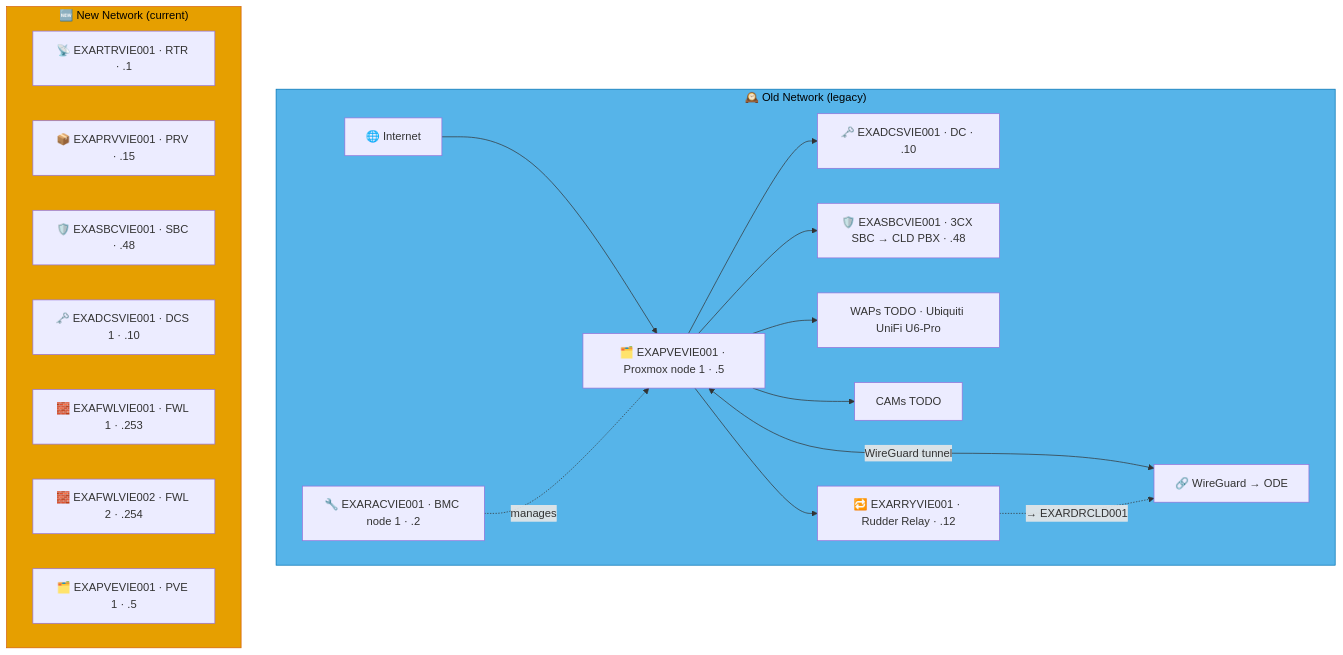
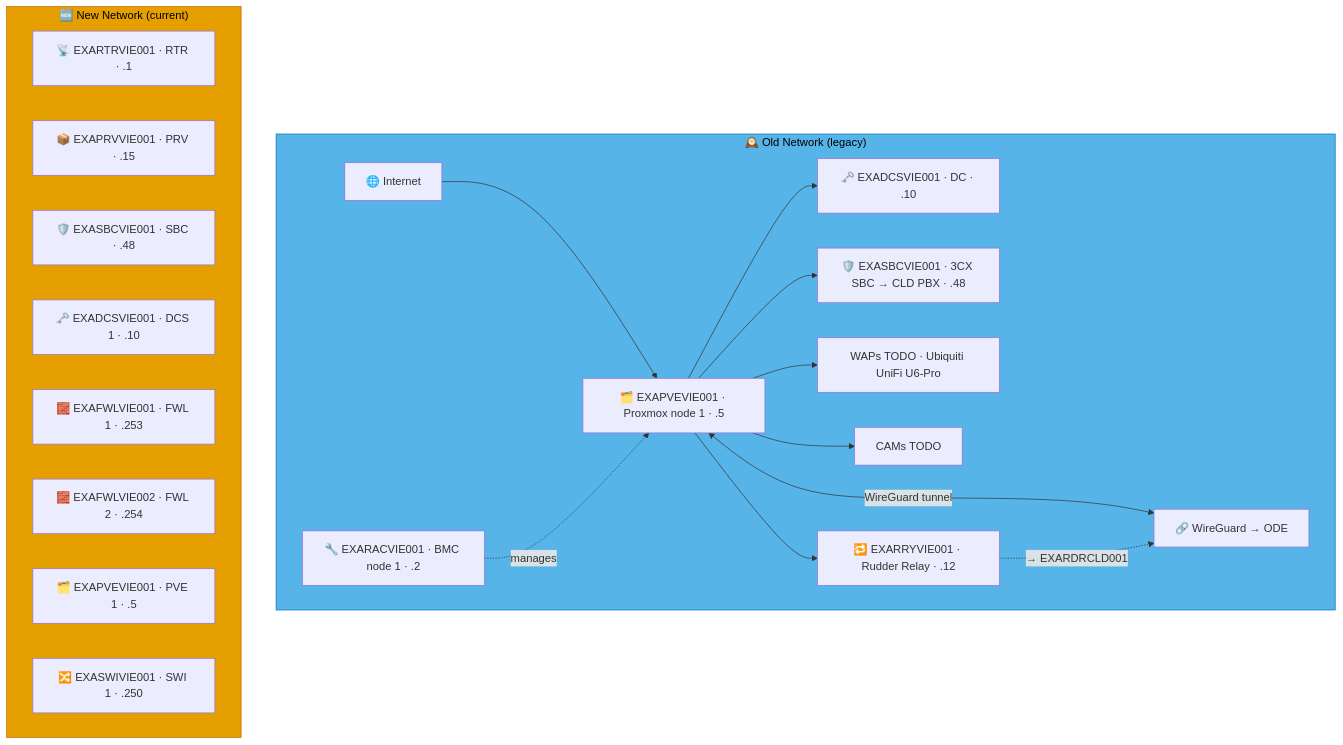
One commit to knightmare2600/example_music_infra changed the diagram in docs/network-diagram/osterreich.md. Above: the diagram before and after it, drawn with Mermaid. The commit also changed 12 other files, not shown here.

````diff
--- a/docs/network-diagram/osterreich.md
+++ b/docs/network-diagram/osterreich.md
@@ -16,35 +16,36 @@
 ```mermaid
 graph TD
     subgraph OLD_VIE ["🕰️ Old Network (legacy)"]
       INET["🌐 Internet"]
       RAC["🔧 EXARACVIE001 · BMC node 1 · .2"]
       PVE["🗂️ EXAPVEVIE001 · Proxmox node 1 · .5"]
       DC["🗝️ EXADCSVIE001 · DC · .10"]
       SBC["🛡️ EXASBCVIE001 · 3CX SBC → CLD PBX · .48"]
       RRY["🔁 EXARRYVIE001 · Rudder Relay · .12"]
       WAP["WAPs TODO · Ubiquiti UniFi U6-Pro"]
       CAM["CAMs TODO"]
       VPN["🔗 WireGuard → ODE"]
 
       INET --> PVE --> DC & SBC
       RAC -.->|"manages"| PVE
       PVE --> WAP & CAM
       PVE <-->|"WireGuard tunnel"| VPN
 
       PVE --> RRY
       RRY -. "→ EXARDRCLD001" .-> VPN
     end
     style OLD_VIE fill:#56B4E9,stroke:#0072B2,color:#000000
     %% GENERATED:NEW-NETWORK:VIE:START
     subgraph NEW_VIE ["🆕 New Network (current)"]
       N_RTR["📡 EXARTRVIE001 · RTR · .1"]
       N_PRV["📦 EXAPRVVIE001 · PRV · .15"]
       N_SBC["🛡️ EXASBCVIE001 · SBC · .48"]
       N_DCS["🗝️ EXADCSVIE001 · DCS 1 · .10"]
       N_FWL["🧱 EXAFWLVIE001 · FWL 1 · .253"]
       N_FWL2["🧱 EXAFWLVIE002 · FWL 2 · .254"]
       N_PVE["🗂️ EXAPVEVIE001 · PVE 1 · .5"]
+      N_SWI["🔀 EXASWIVIE001 · SWI 1 · .250"]
     end
     style NEW_VIE fill:#E69F00,stroke:#D55E00,color:#000000
     %% GENERATED:NEW-NETWORK:VIE:END
 ```
````
